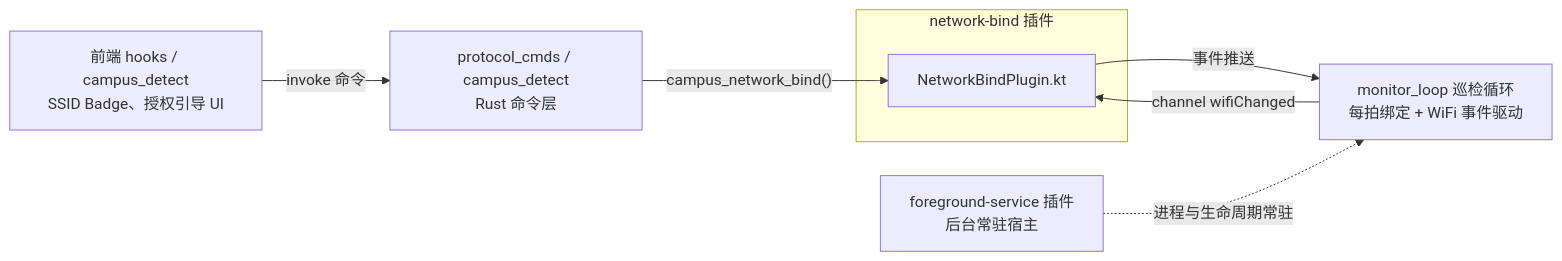
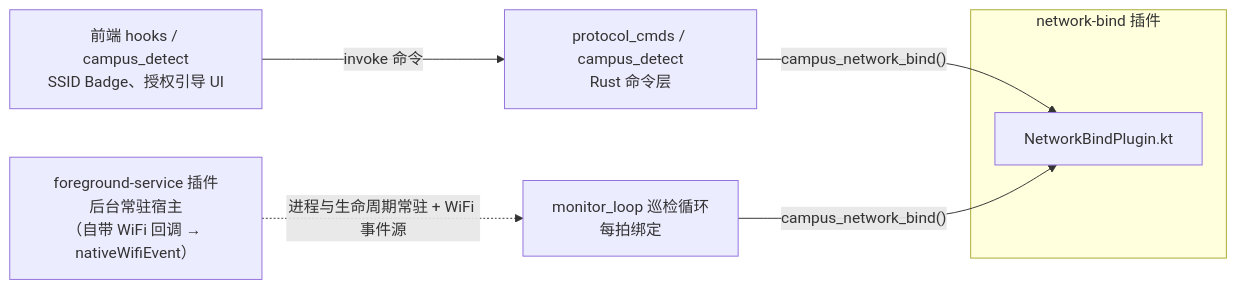
Before and after one commit to ikliml666/Wxxy-CampusLogin: the second of 2 diagrams in .codewiki/modules/android-plugins-network-bind.md, drawn with Mermaid. The commit also changed other lines of this file and 20 other files, not shown here.

````diff
--- a/.codewiki/modules/android-plugins-network-bind.md
+++ b/.codewiki/modules/android-plugins-network-bind.md
@@ -180,15 +174,14 @@
 ```mermaid
 flowchart LR
     FE["前端 hooks / campus_detect<br/>SSID Badge、授权引导 UI"]
     CMDS["protocol_cmds / campus_detect<br/>Rust 命令层"]
-    ML["monitor_loop 巡检循环<br/>每拍绑定 + WiFi 事件驱动"]
+    ML["monitor_loop 巡检循环<br/>每拍绑定"]
     subgraph PLG["network-bind 插件"]
         NB["NetworkBindPlugin.kt"]
     end
-    FS["foreground-service 插件<br/>后台常驻宿主"]
+    FS["foreground-service 插件<br/>后台常驻宿主<br/>（自带 WiFi 回调 → nativeWifiEvent）"]
     FE -->|"invoke 命令"| CMDS
     CMDS -->|"campus_network_bind()"| NB
-    ML -->|"channel wifiChanged"| NB
-    NB -->|"事件推送"| ML
-    FS -.->|"进程与生命周期常驻"| ML
+    ML -->|"campus_network_bind()"| NB
+    FS -.->|"进程与生命周期常驻 + WiFi 事件源"| ML
 ```
````
